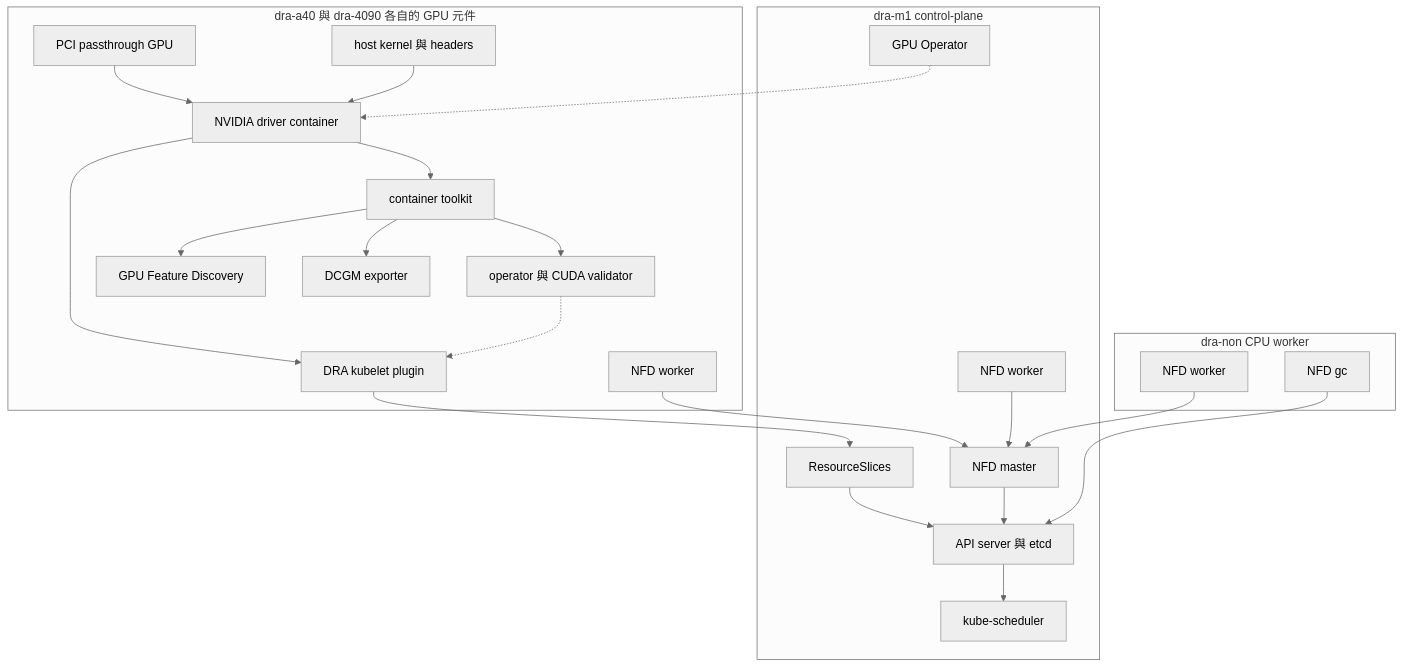
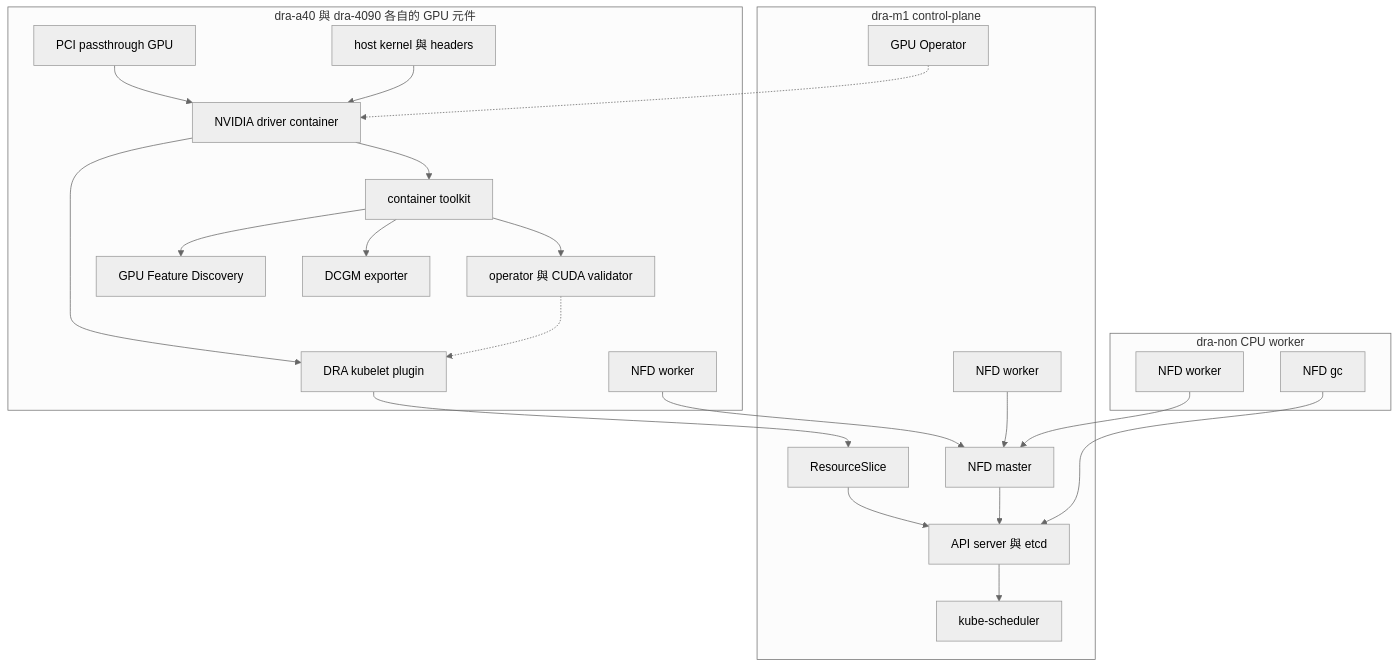
One commit to Daniel77871/dra-gpu-sharing-in-practice changed the diagram in book/02-deploy/README.md. Above: the diagram before and after it, drawn with Mermaid (neutral theme). The commit also changed 28 other files, not shown here.

````diff
--- a/book/02-deploy/README.md
+++ b/book/02-deploy/README.md
@@ -15,40 +15,40 @@
 ```mermaid
 flowchart TB
     subgraph control["dra-m1 control-plane"]
         API["API server 與 etcd"]
         Scheduler["kube-scheduler"]
         Operator["GPU Operator"]
         Master["NFD master"]
         ControlWorker["NFD worker"]
-        Slices["ResourceSlices"]
-        Slices --> API --> Scheduler
+        Slice["ResourceSlice"]
+        Slice --> API --> Scheduler
     end
     subgraph gpu["dra-a40 與 dra-4090 各自的 GPU 元件"]
         PCI["PCI passthrough GPU"]
         Kernel["host kernel 與 headers"]
         Driver["NVIDIA driver container"]
         Toolkit["container toolkit"]
         Validator["operator 與 CUDA validator"]
         Plugin["DRA kubelet plugin"]
         GPUWorker["NFD worker"]
         GFD["GPU Feature Discovery"]
         Exporter["DCGM exporter"]
         PCI --> Driver
         Kernel --> Driver --> Toolkit --> Validator
         Driver --> Plugin
         Validator -.-> Plugin
         Toolkit --> GFD
         Toolkit --> Exporter
-        Plugin --> Slices
+        Plugin --> Slice
         GPUWorker --> Master
     end
     subgraph cpu["dra-non CPU worker"]
         CPUWorker["NFD worker"]
         GC["NFD gc"]
     end
     Operator -.-> Driver
     ControlWorker --> Master
     CPUWorker --> Master
     Master --> API
     GC --> API
 ```
````
